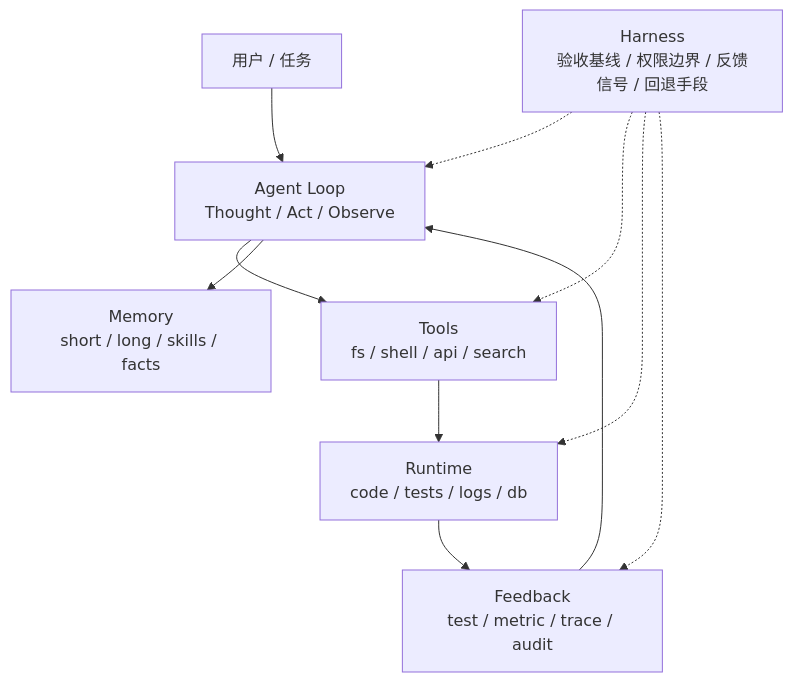
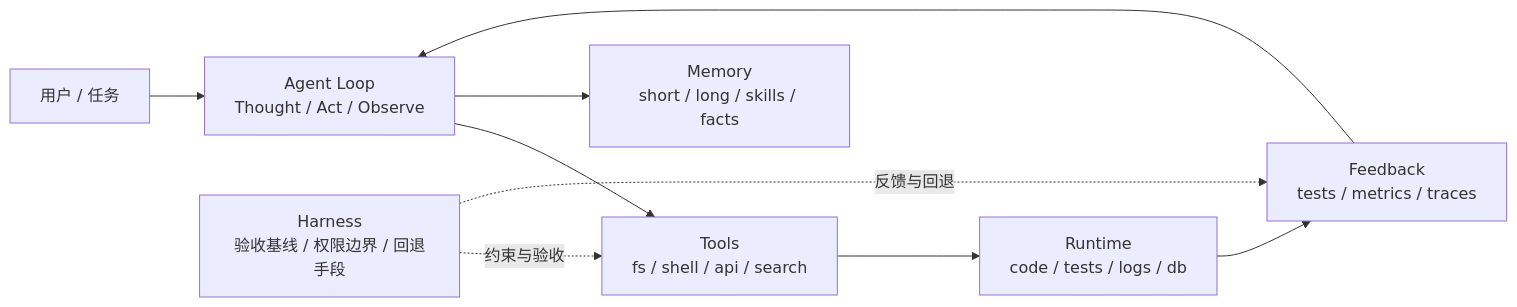
Before and after one commit to liuqitoday/personal-blog: the third of 8 diagrams in src/content/blog/ai-agent-chatbot-to-coding-agent.md, drawn with Mermaid. The commit also changed other lines of this file and 2 other files, not shown here.

Commit message:
Refine Mermaid diagram rendering and layouts

````diff
--- a/src/content/blog/ai-agent-chatbot-to-coding-agent.md
+++ b/src/content/blog/ai-agent-chatbot-to-coding-agent.md
@@ -196,13 +193,11 @@
 ```mermaid
-flowchart TB
+flowchart LR
   U["用户 / 任务"] --> L["Agent Loop<br/>Thought / Act / Observe"]
   L --> T["Tools<br/>fs / shell / api / search"]
   L --> M["Memory<br/>short / long / skills / facts"]
   T --> R["Runtime<br/>code / tests / logs / db"]
-  R --> F["Feedback<br/>test / metric / trace / audit"]
+  R --> F["Feedback<br/>tests / metrics / traces"]
   F --> L
-  H["Harness<br/>验收基线 / 权限边界 / 反馈信号 / 回退手段"] -.-> L
-  H -.-> T
-  H -.-> R
-  H -.-> F
+  H["Harness<br/>验收基线 / 权限边界 / 回退手段"] -. 约束与验收 .-> T
+  H -. 反馈与回退 .-> F
 ```
````
